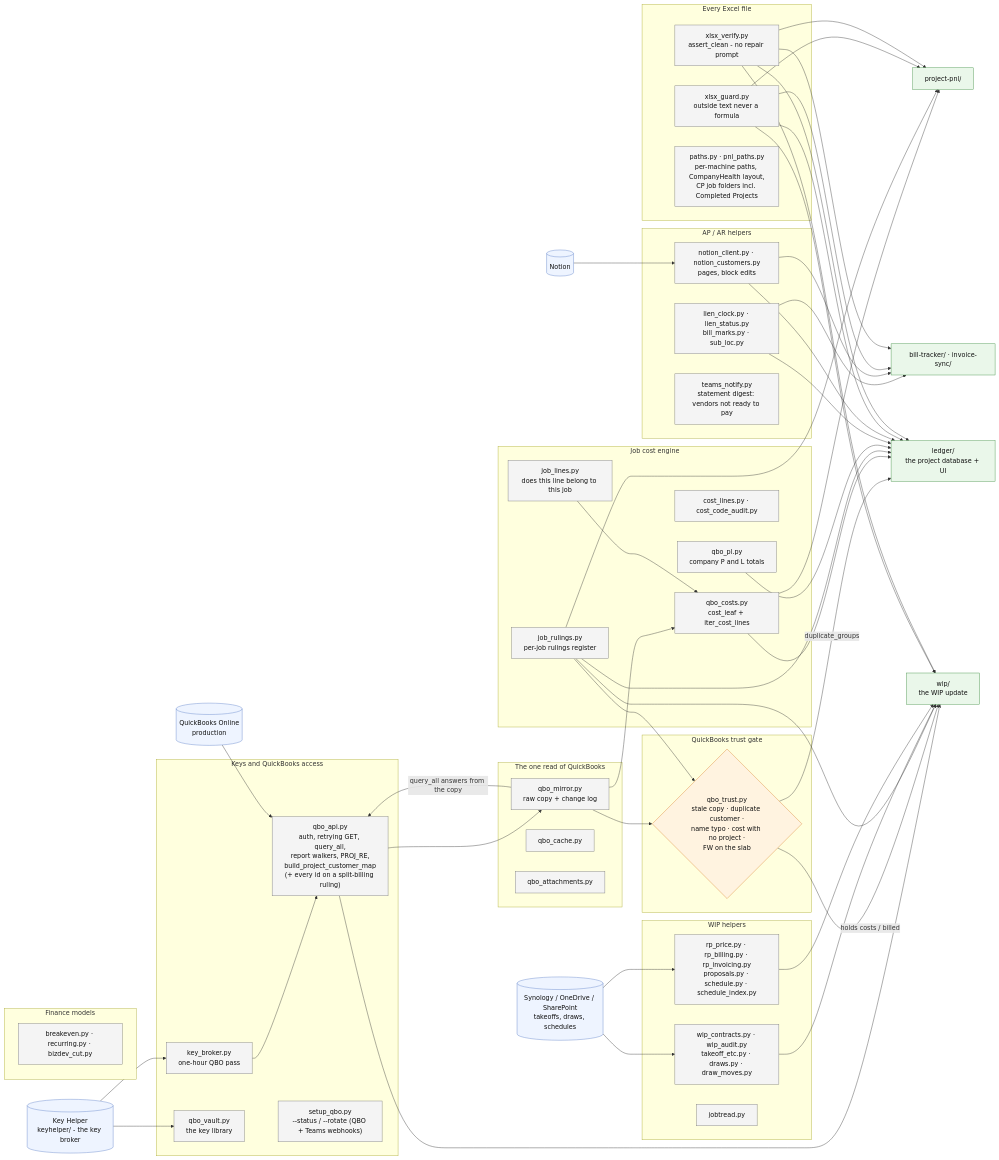
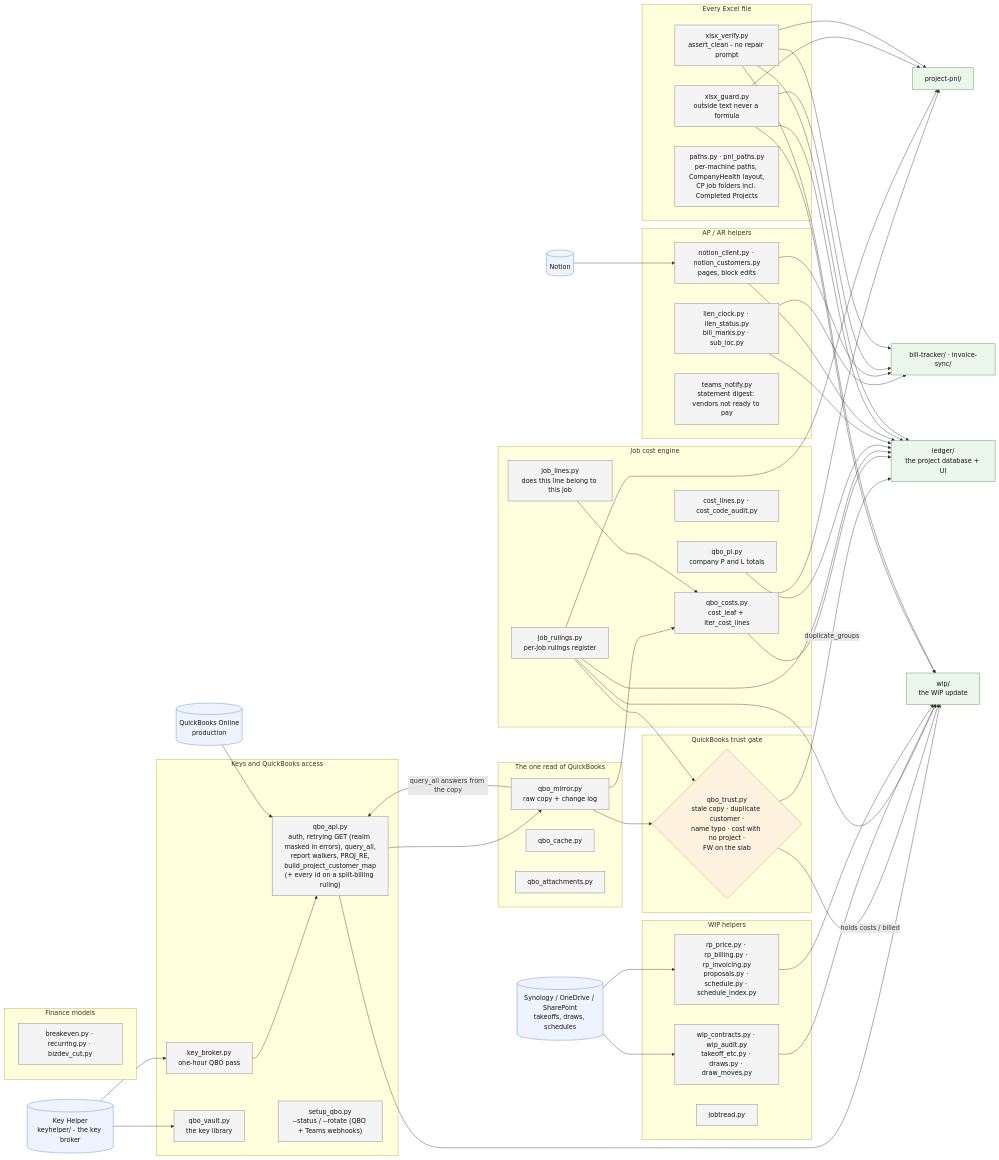
One commit to Ecarlo-Proficient/Claude-Report changed the diagram in shared/FLOW.md. Above: the diagram before and after it, drawn with Mermaid. The commit also changed other lines of this file and 3 other files, not shown here.

First line of the commit message:
shared: mask the QuickBooks realm in every qbo_api error

```diff
--- a/shared/FLOW.md
+++ b/shared/FLOW.md
@@ -36,7 +36,7 @@
     subgraph KEYS["Keys and QuickBooks access"]
         KB["key_broker.py<br/>one-hour QBO pass"]:::mod
         VAULT["qbo_vault.py<br/>the key library"]:::mod
-        API["qbo_api.py<br/>auth, retrying GET, query_all,<br/>report walkers, PROJ_RE,<br/>build_project_customer_map<br/>(+ every id on a split-billing ruling)"]:::mod
+        API["qbo_api.py<br/>auth, retrying GET (realm masked in errors), query_all,<br/>report walkers, PROJ_RE,<br/>build_project_customer_map<br/>(+ every id on a split-billing ruling)"]:::mod
         SETUP["setup_qbo.py<br/>--status / --rotate (QBO + Teams webhooks)"]:::mod
     end
     KH --> KB --> API
```
